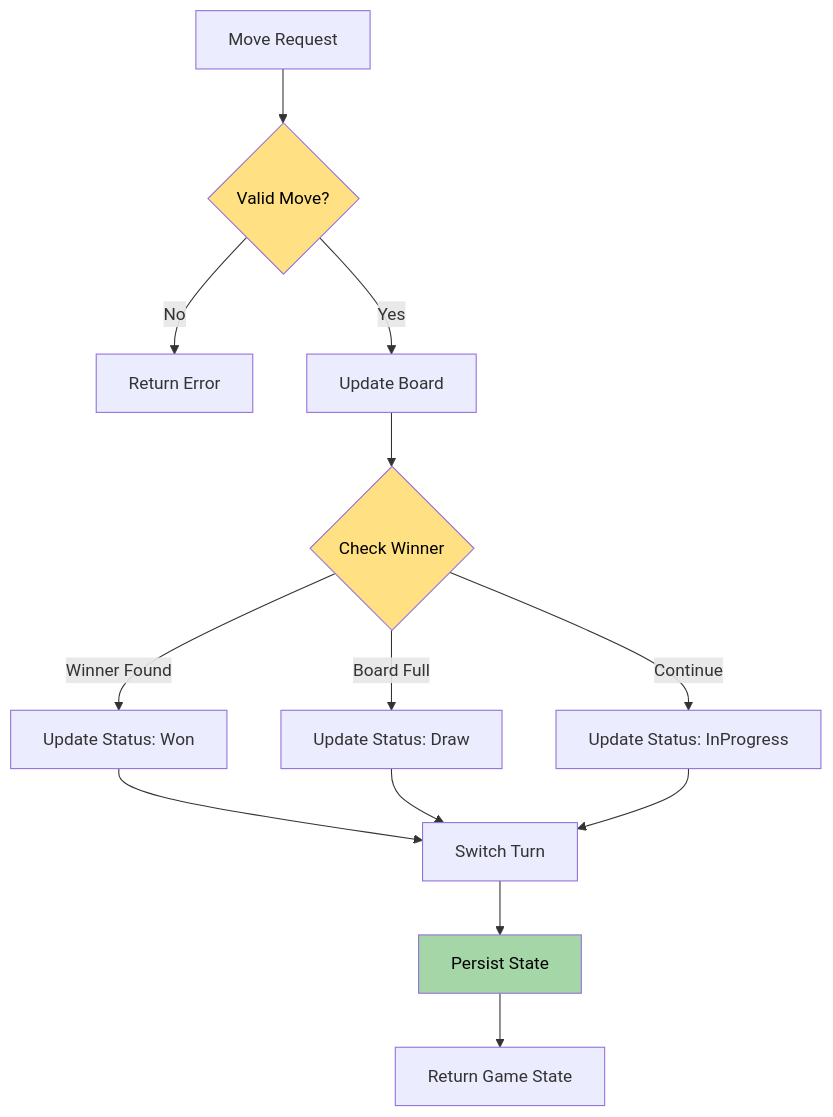
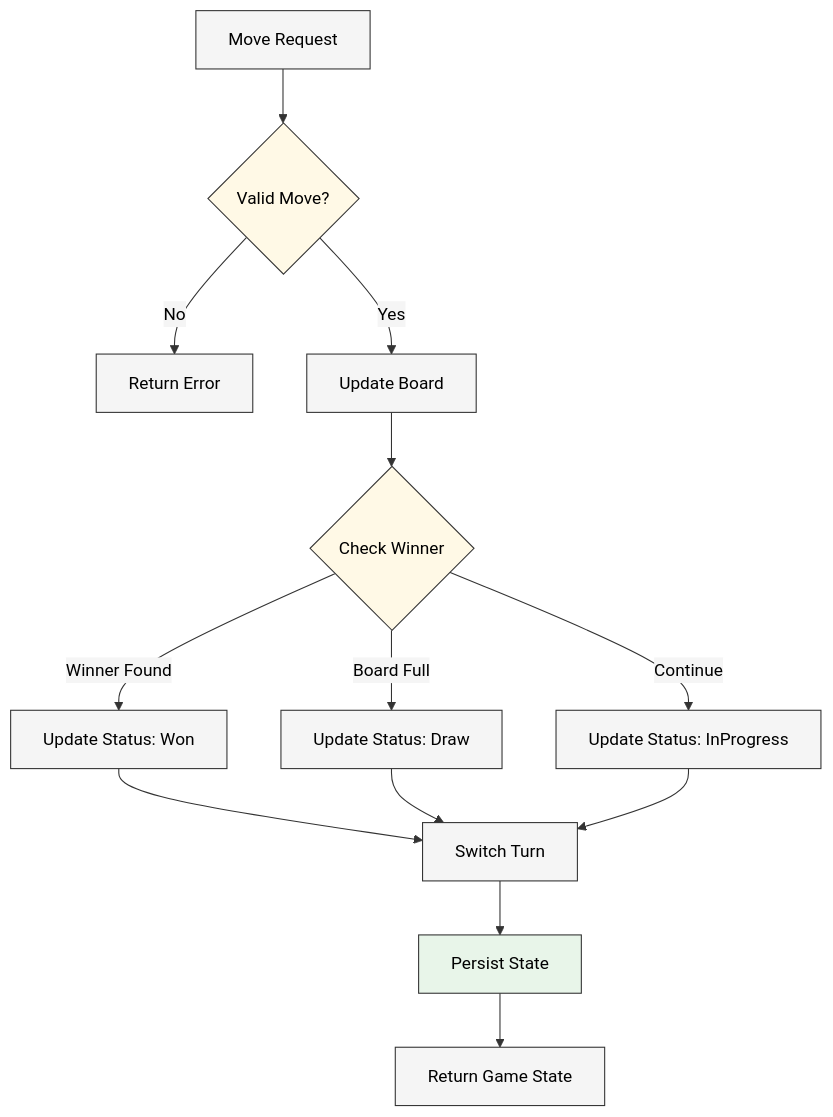
The third of 6 diagrams in wiki/Architecture-Overview.md (sw-game-dev/game-mcp-poc), drawn with Mermaid before and after one commit. The commit also changed other lines of this file and 6 other files, not shown here.

First line of the commit message:
fix: Improve mermaid diagram contrast with theme and lighter colors

````diff
--- a/wiki/Architecture-Overview.md
+++ b/wiki/Architecture-Overview.md
@@ -127,19 +129,20 @@
 ```mermaid
+%%{init: {'theme':'base', 'themeVariables': {'primaryColor':'#f5f5f5','primaryTextColor':'#000','primaryBorderColor':'#333','lineColor':'#333','secondaryColor':'#f5f5f5','tertiaryColor':'#f5f5f5'}}}%%
 graph TD
     A[Move Request] --> B{Valid Move?}
     B -->|No| C[Return Error]
     B -->|Yes| D[Update Board]
     D --> E{Check Winner}
     E -->|Winner Found| F[Update Status: Won]
     E -->|Board Full| G[Update Status: Draw]
     E -->|Continue| H[Update Status: InProgress]
     F --> I[Switch Turn]
     G --> I
     H --> I
     I --> J[Persist State]
     J --> K[Return Game State]
 
-    style B fill:#ffe082,color:#000
-    style E fill:#ffe082,color:#000
-    style J fill:#a5d6a7,color:#000
+    style B fill:#fff9e6,color:#000
+    style E fill:#fff9e6,color:#000
+    style J fill:#e8f5e9,color:#000
 ```
````
